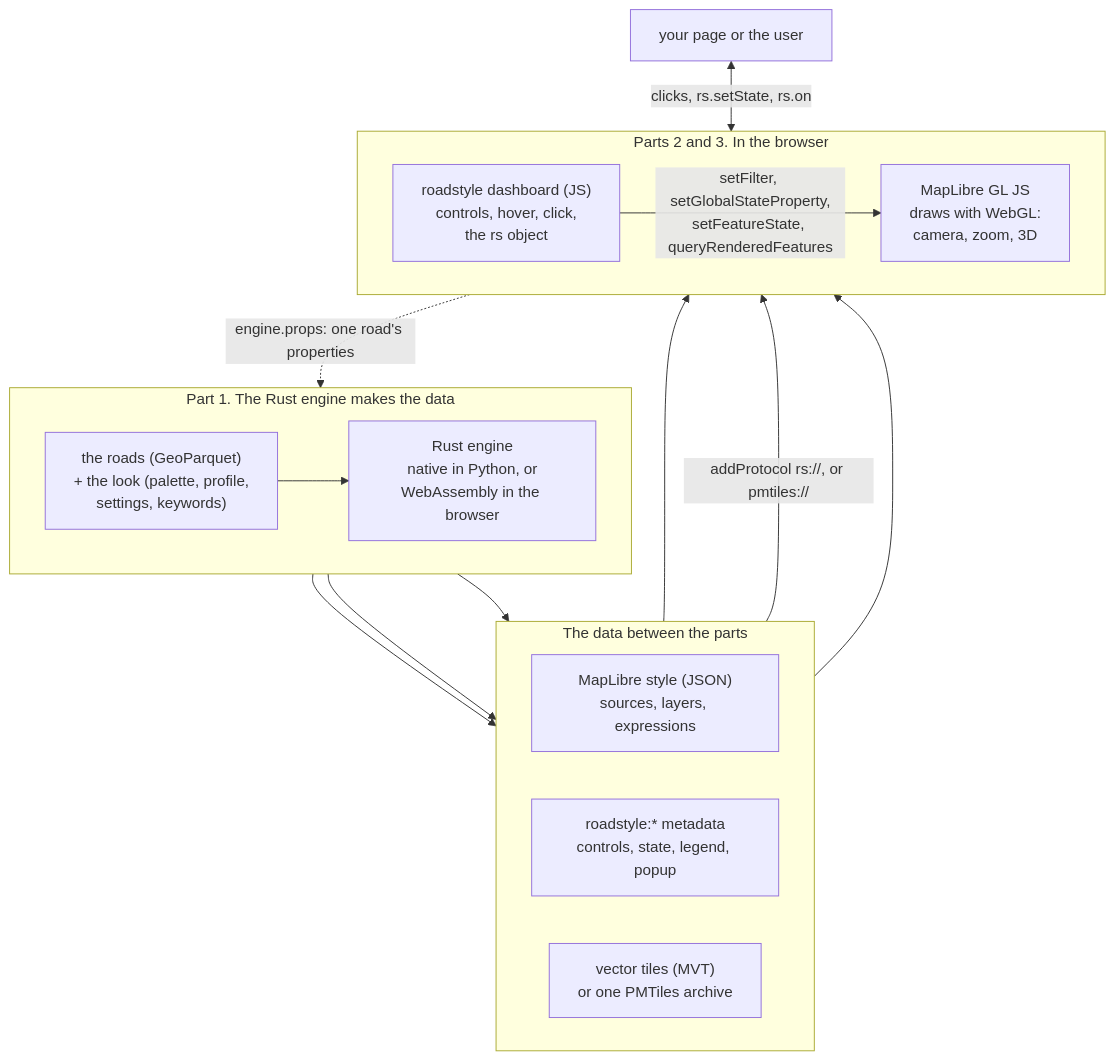
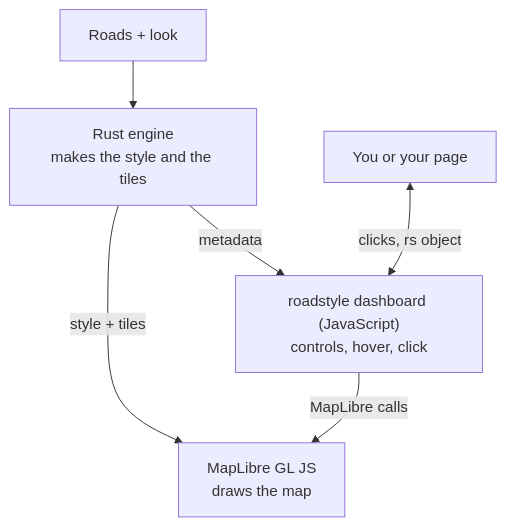
The first of 6 diagrams in docs/rust/architecture.md (Khoshkhah/roadstyle), drawn with Mermaid before and after one commit. The commit also changed other lines of this file, not shown here.

Commit message:
docs: a simple big-picture diagram
Five boxes and no crossed lines: the roads and the look, the Rust
engine, MapLibre GL JS, the dashboard, and the page. The call back to
the engine (engine.props) is in the text under the diagram.

````diff
--- a/docs/rust/architecture.md
+++ b/docs/rust/architecture.md
@@ -16,28 +16,13 @@
 ```mermaid
 flowchart TB
-    subgraph make["Part 1. The Rust engine makes the data"]
-        direction LR
-        inp["the roads (GeoParquet)<br/>+ the look (palette, profile,<br/>settings, keywords)"]
-        eng["Rust engine<br/>native in Python, or<br/>WebAssembly in the browser"]
-        inp --> eng
-    end
-    subgraph between["The data between the parts"]
-        direction LR
-        sty["MapLibre style (JSON)<br/>sources, layers, expressions"]
-        meta["roadstyle:* metadata<br/>controls, state, legend, popup"]
-        tiles["vector tiles (MVT)<br/>or one PMTiles archive"]
-    end
-    subgraph inbrowser["Parts 2 and 3. In the browser"]
-        direction LR
-        ml["MapLibre GL JS<br/>draws with WebGL:<br/>camera, zoom, 3D"]
-        dash["roadstyle dashboard (JS)<br/>controls, hover, click,<br/>the rs object"]
-        dash -->|"setFilter, setGlobalStateProperty,<br/>setFeatureState, queryRenderedFeatures"| ml
-    end
-    host["your page or the user"]
-    eng --> sty & meta & tiles
-    sty --> ml
-    tiles -->|"addProtocol rs://, or pmtiles://"| ml
-    meta --> dash
-    host <-->|"clicks, rs.setState, rs.on"| dash
-    dash -.->|"engine.props: one road's properties"| eng
+    inp["Roads + look"]
+    eng["Rust engine<br/>makes the style and the tiles"]
+    ml["MapLibre GL JS<br/>draws the map"]
+    dash["roadstyle dashboard (JavaScript)<br/>controls, hover, click"]
+    you["You or your page"]
+    inp --> eng
+    eng -->|"style + tiles"| ml
+    eng -->|"metadata"| dash
+    dash -->|"MapLibre calls"| ml
+    you <-->|"clicks, rs object"| dash
 ```
````
